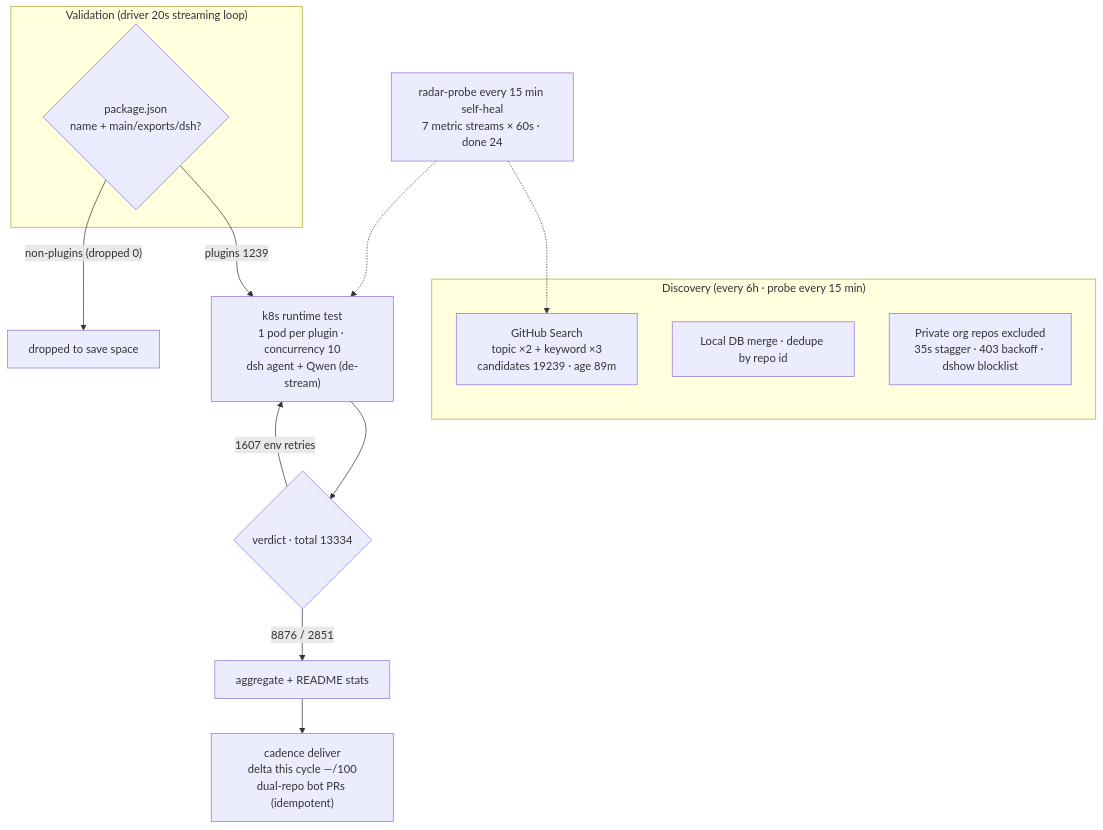
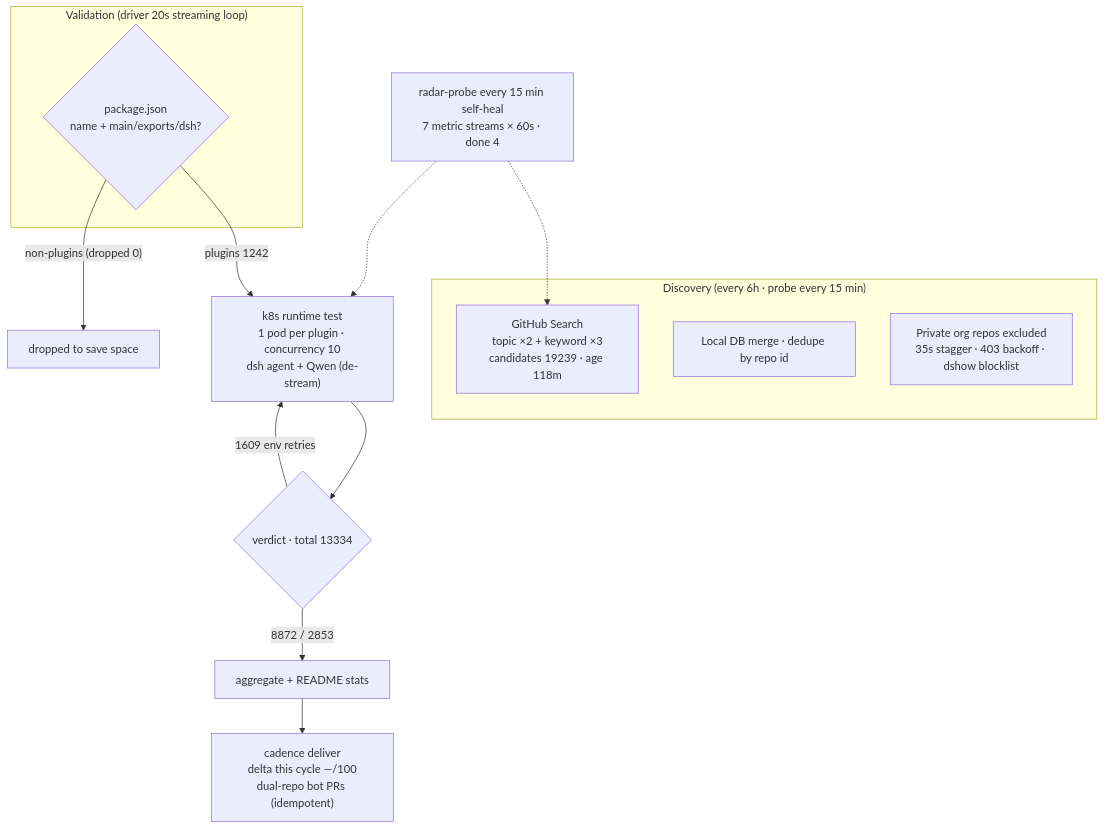
Before and after one commit to AdamPlatin123/dsh-plugin-radar: the diagram in README.en-US.md, drawn with Mermaid. The commit also changed other lines of this file and 9 other files, not shown here.

````diff
--- a/README.en-US.md
+++ b/README.en-US.md
@@ -45,20 +45,20 @@
 ```mermaid
 flowchart TB
     subgraph Discovery["Discovery (every 6h · probe every 15 min)"]
-        A1["GitHub Search<br/>topic ×2 + keyword ×3<br/>candidates 19239 · age 89m"]
+        A1["GitHub Search<br/>topic ×2 + keyword ×3<br/>candidates 19239 · age 118m"]
         A2["Local DB merge · dedupe by repo id"]
         A3["Private org repos excluded<br/>35s stagger · 403 backoff · dshow blocklist"]
     end
     subgraph Validation["Validation (driver 20s streaming loop)"]
         B1{"package.json<br/>name + main/exports/dsh?"}
     end
-    B1 -->|"plugins 1239"| C1["k8s runtime test<br/>1 pod per plugin · concurrency 10<br/>dsh agent + Qwen (de-stream)"]
+    B1 -->|"plugins 1242"| C1["k8s runtime test<br/>1 pod per plugin · concurrency 10<br/>dsh agent + Qwen (de-stream)"]
     B1 -->|"non-plugins (dropped 0)"| B3["dropped to save space"]
     C1 --> D1{"verdict · total 13334"}
-    D1 -->|"8876 / 2851"| E1["aggregate + README stats"]
-    D1 -->|"1607 env retries"| C1
+    D1 -->|"8872 / 2853"| E1["aggregate + README stats"]
+    D1 -->|"1609 env retries"| C1
     E1 --> E2["cadence deliver<br/>delta this cycle —/100<br/>dual-repo bot PRs (idempotent)"]
-    M["radar-probe every 15 min self-heal<br/>7 metric streams × 60s · done 24"]
+    M["radar-probe every 15 min self-heal<br/>7 metric streams × 60s · done 4"]
     M -.-> A1
     M -.-> C1
 ```
````
